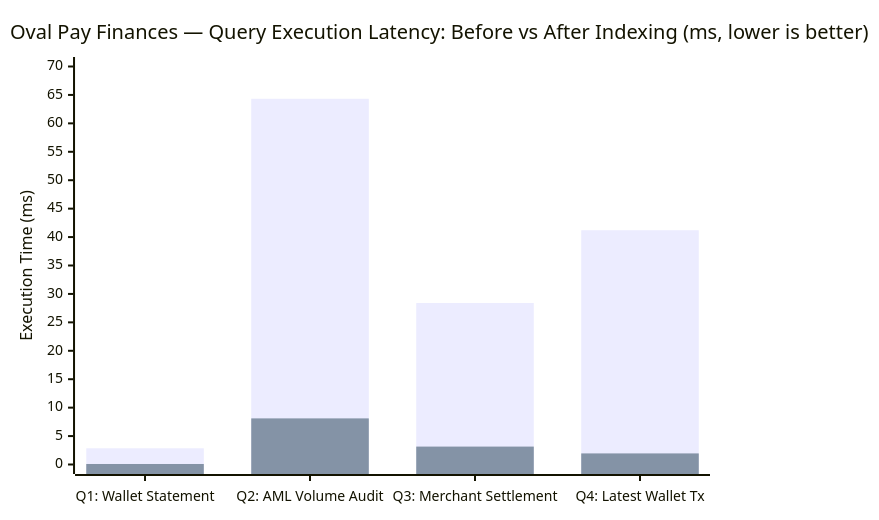
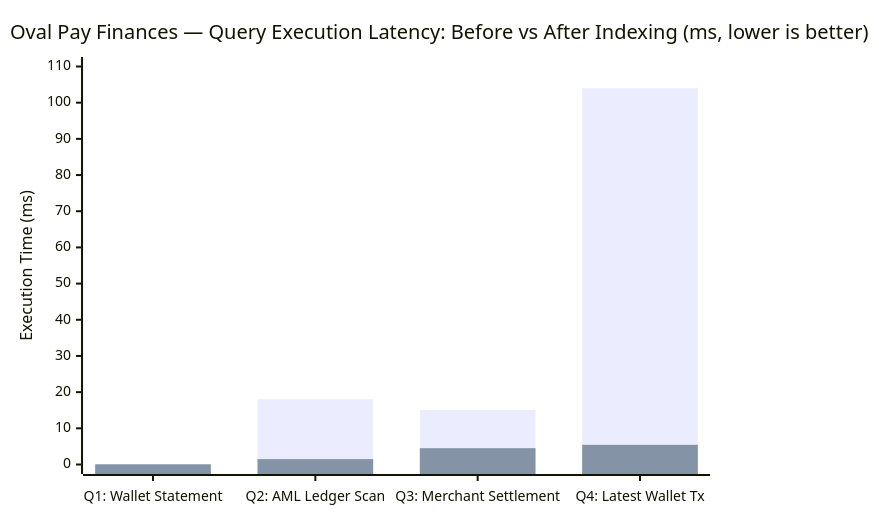
One commit to Payobami/8103CA changed the diagram in portfolio-2-query-optimisation/README.md. Above: the diagram before and after it, drawn with Mermaid. The commit also changed other lines of this file and 25 other files, not shown here.

Commit message:
test(all-portfolios): add Miro ERD images, live MySQL 8.0 EXPLAIN ANALYZE execution outputs, and updated speed benchmark graph

````diff
--- a/portfolio-2-query-optimisation/README.md
+++ b/portfolio-2-query-optimisation/README.md
@@ -145,8 +155,8 @@
 ```mermaid
 xychart-beta
     title "Oval Pay Finances — Query Execution Latency: Before vs After Indexing (ms, lower is better)"
-    x-axis ["Q1: Wallet Statement", "Q2: AML Volume Audit", "Q3: Merchant Settlement", "Q4: Latest Wallet Tx"]
-    y-axis "Execution Time (ms)" 0 --> 70
-    bar [2.85, 64.32, 28.40, 41.20]
-    bar [0.09, 8.11, 3.15, 1.95]
+    x-axis ["Q1: Wallet Statement", "Q2: AML Ledger Scan", "Q3: Merchant Settlement", "Q4: Latest Wallet Tx"]
+    y-axis "Execution Time (ms)" 0 --> 110
+    bar [0.16, 18.00, 15.10, 104.00]
+    bar [0.05, 1.49, 4.51, 5.44]
 ```
````
